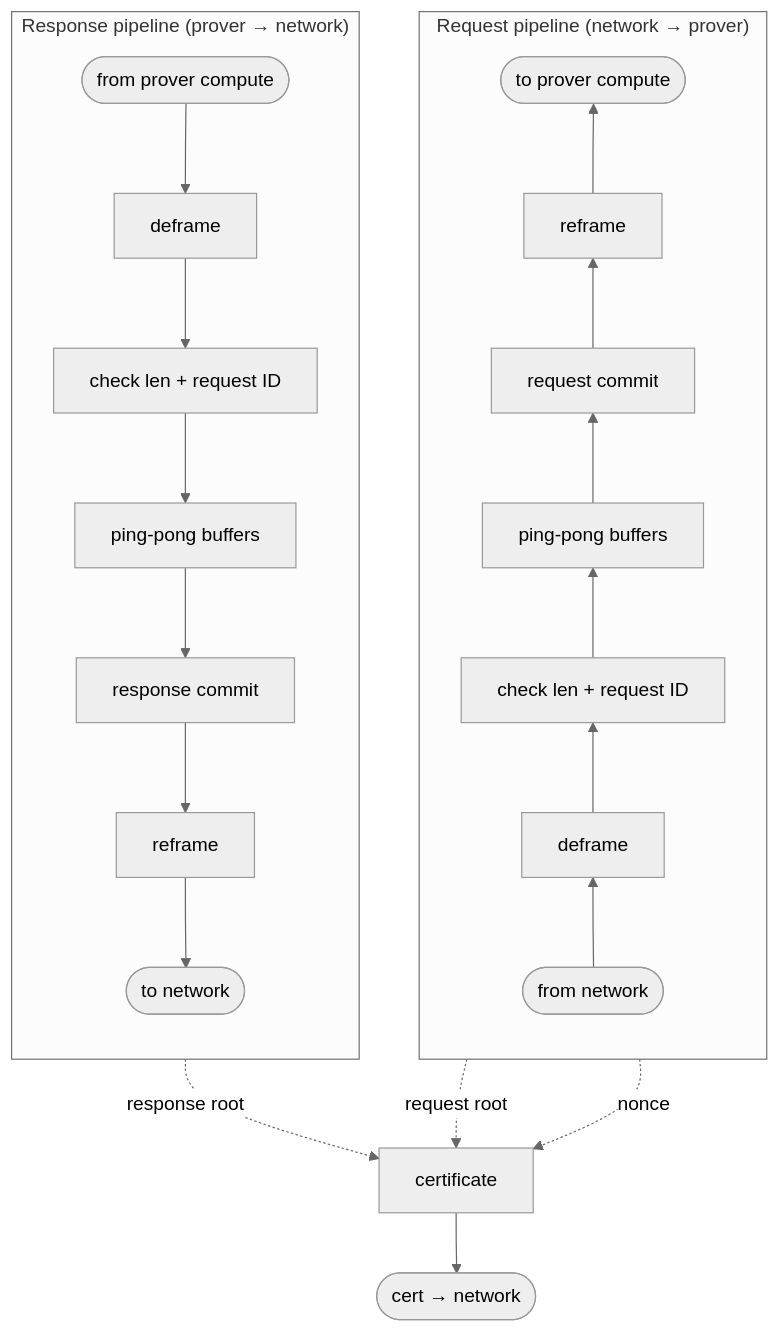
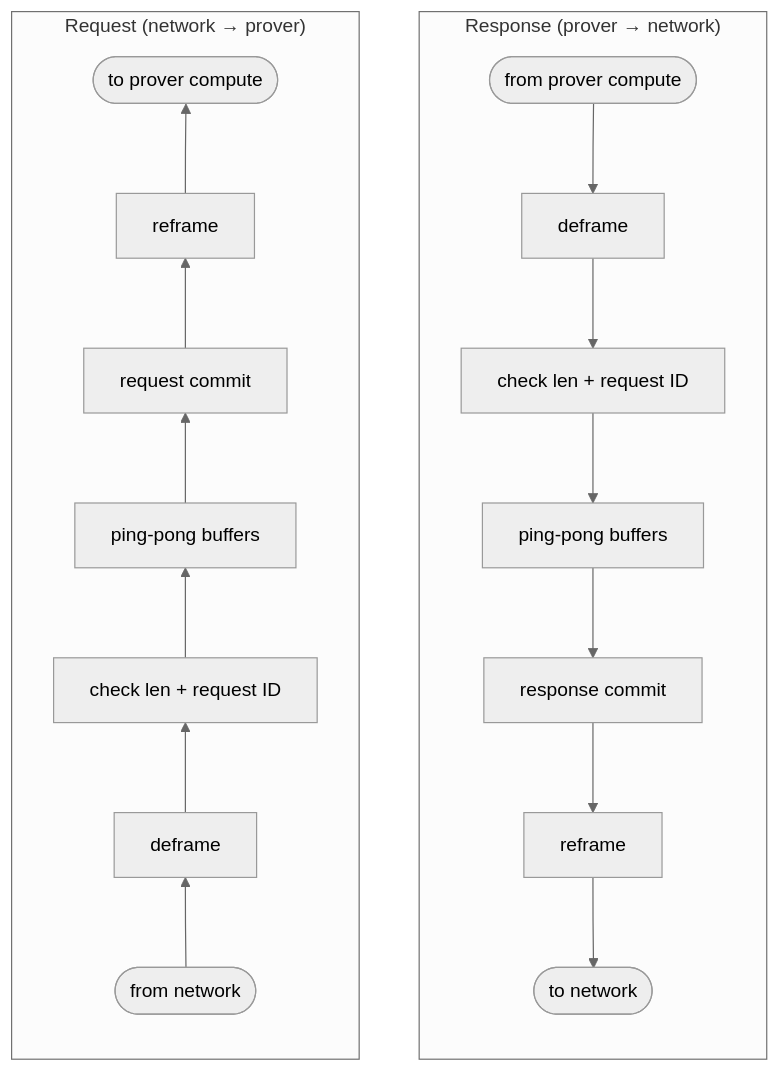
One commit to JamesPetrie/interlock changed the first of 2 diagrams in docs/certificate-protocol.md. Above: the diagram before and after it, drawn with Mermaid (neutral theme). The commit also changed other lines of this file, not shown here.

Commit message:
Dataflow: split cert into its own diagram so both lanes align
The cross-edges from the commit stages to the certificate node were overriding the
request subgraph's direction (Mermaid ignores per-subgraph direction when a subgraph
has edges to an external node), so the request lane stayed network-top. Move the
certificate to a separate diagram, leaving the two lanes edge-free: the response lane
(direction TB) and request lane (direction BT) now both render prover compute at the
top and network/frontend at the bottom.

````diff
--- a/docs/certificate-protocol.md
+++ b/docs/certificate-protocol.md
@@ -223,17 +223,11 @@
 ```mermaid
 flowchart TB
-    subgraph REQ["Request pipeline (network → prover)"]
+    subgraph RSP["Response (prover → network)"]
+      direction TB
+      ri(["from prover compute"]) --> rd["deframe"] --> rk["check len + request ID"] --> rp["ping-pong buffers"] --> rc["response commit"] --> rr["reframe"] --> ro(["to network"])
+    end
+    subgraph REQ["Request (network → prover)"]
       direction BT
       qi(["from network"]) --> qd["deframe"] --> qk["check len + request ID"] --> qp["ping-pong buffers"] --> qc["request commit"] --> qr["reframe"] --> qo(["to prover compute"])
     end
-
-    subgraph RSP["Response pipeline (prover → network)"]
-      direction TB
-      ri(["from prover compute"]) --> rd["deframe"] --> rk["check len + request ID"] --> rp["ping-pong buffers"] --> rc["response commit"] --> rr["reframe"] --> ro(["to network"])
-    end
-
-    CERT["certificate"] --> co(["cert → network"])
-    rc -. response root .-> CERT
-    qc -. request root .-> CERT
-    qk -. nonce .-> CERT
 ```
````
